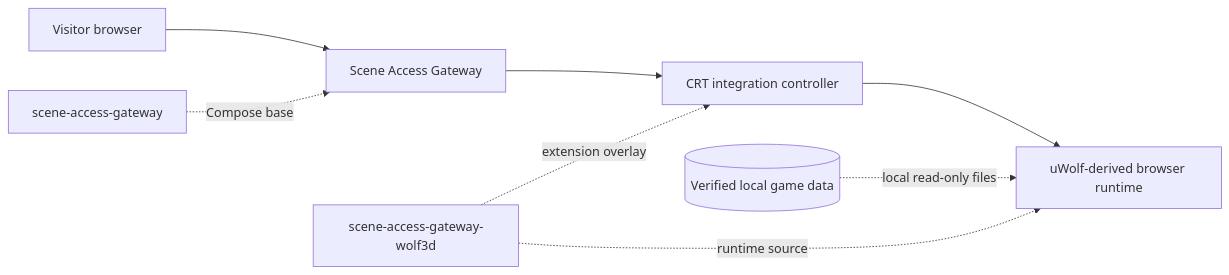
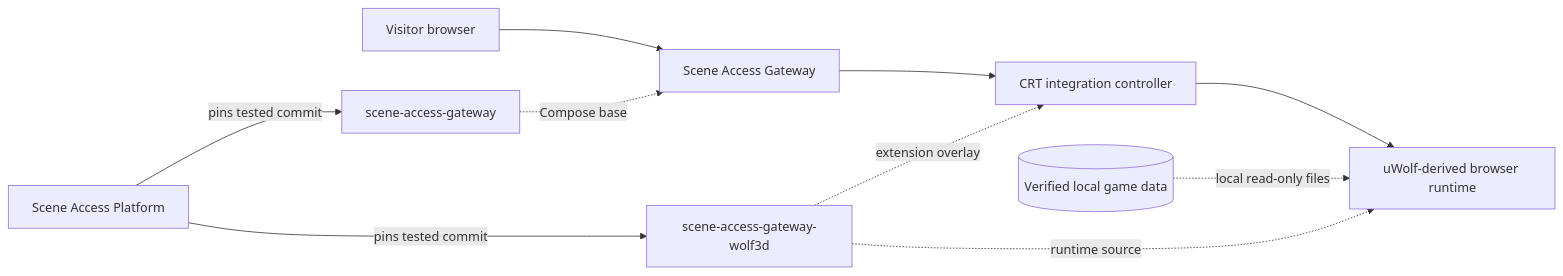
Before and after one commit to zipkindev/scene-access-gateway-wolf3d: the diagram in README.md, drawn with Mermaid. The commit also changed other lines of this file and 1 other file, not shown here.

Commit message:
Document platform and extension architecture (#3)

````diff
--- a/README.md
+++ b/README.md
@@ -36,11 +43,13 @@
 ```mermaid
 flowchart LR
+    Platform[Scene Access Platform] -->|pins tested commit| MainRepo[scene-access-gateway]
+    Platform -->|pins tested commit| ExtensionRepo[scene-access-gateway-wolf3d]
     Browser[Visitor browser] --> Gateway[Scene Access Gateway]
     Gateway --> Controller[CRT integration controller]
     Controller --> Runtime[uWolf-derived browser runtime]
     OwnedData[(Verified local game data)] -. local read-only files .-> Runtime
 
-    MainRepo[scene-access-gateway] -. Compose base .-> Gateway
-    ExtensionRepo[scene-access-gateway-wolf3d] -. extension overlay .-> Controller
+    MainRepo -. Compose base .-> Gateway
+    ExtensionRepo -. extension overlay .-> Controller
     ExtensionRepo -. runtime source .-> Runtime
 ```
````
